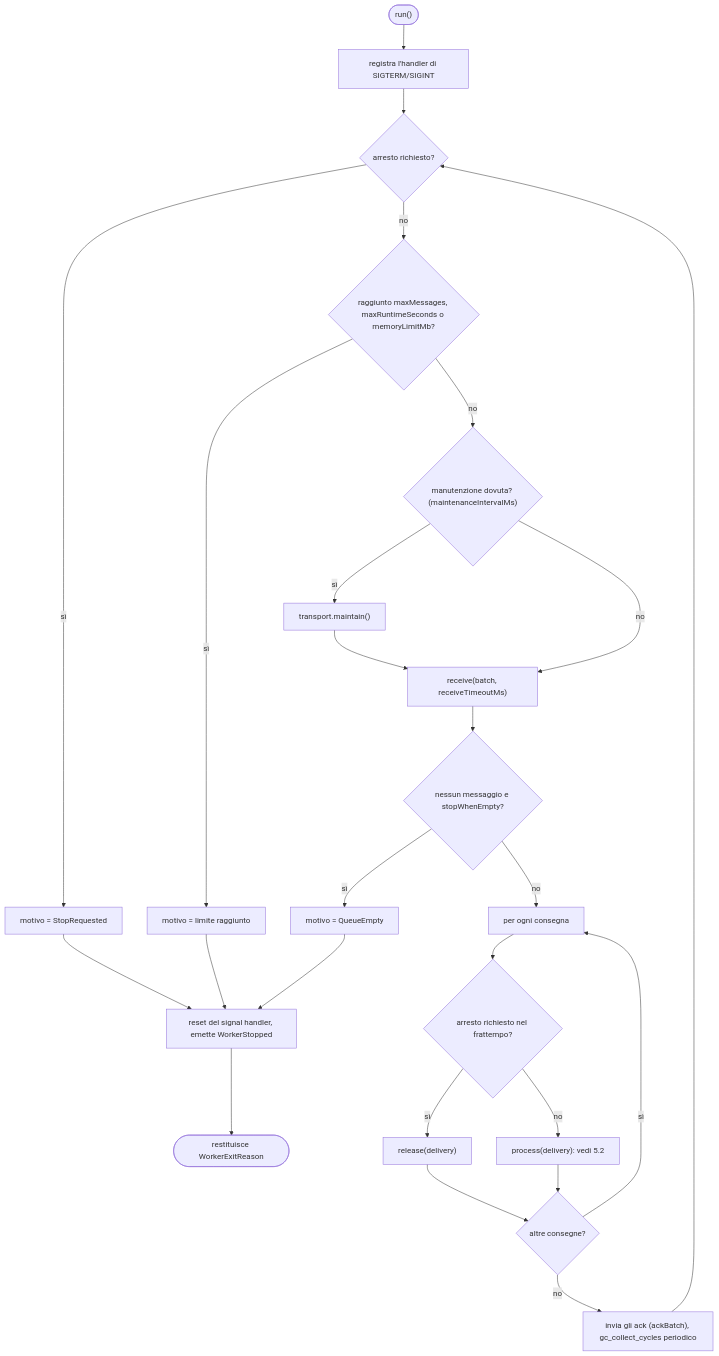
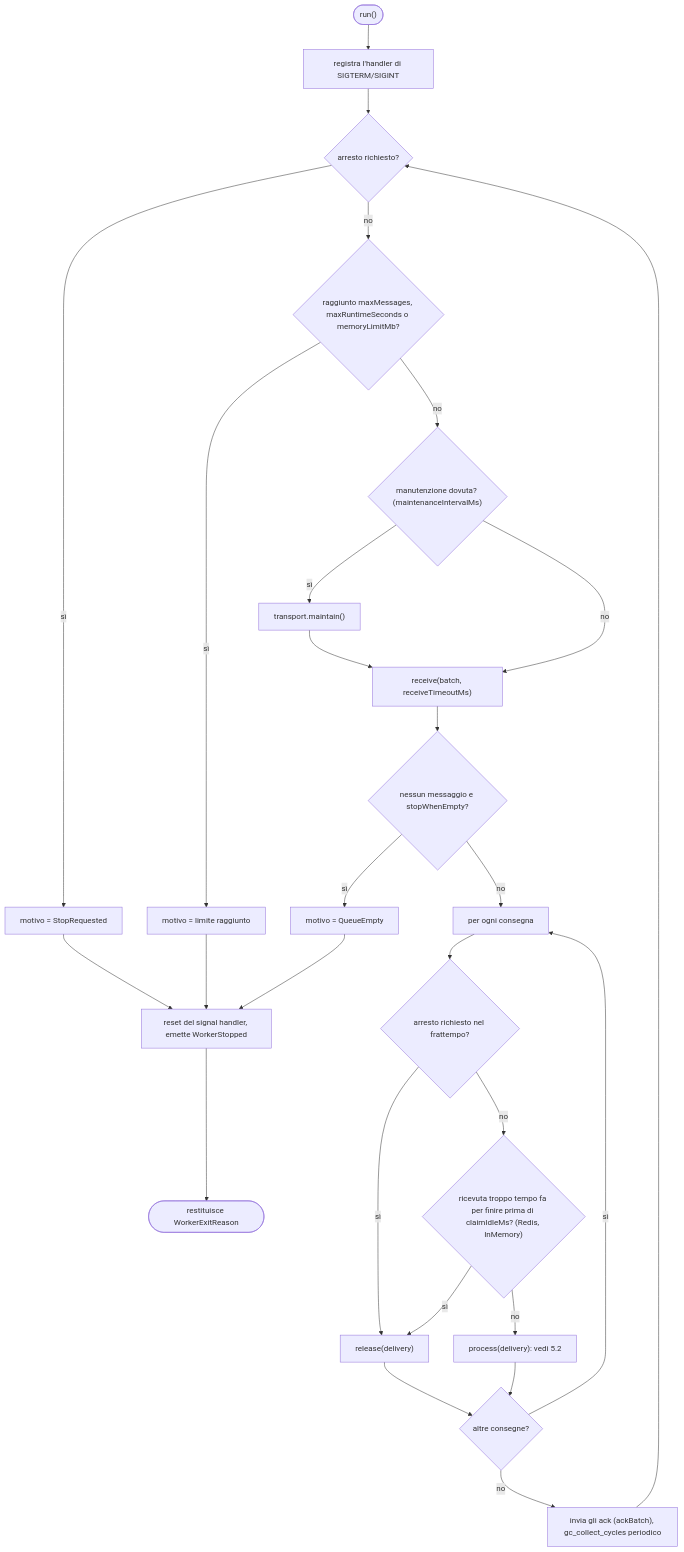
One commit to snipershady/queue-bridge changed diagram 20 of 24 in DOC_IT.md. Above: the diagram before and after it, drawn with Mermaid. The commit also changed other lines of this file and 163 other files, not shown here.

Commit message:
idempotenza senza perdite, guardia dei batch su claimIdleMs, complessità nei PHPDoc

````diff
--- a/DOC_IT.md
+++ b/DOC_IT.md
@@ -1080,27 +1090,29 @@
 ```mermaid
 flowchart TD
     S(["run()"]) --> R["registra l'handler di SIGTERM/SIGINT"]
     R --> C{"arresto richiesto?"}
     C -- sì --> X1["motivo = StopRequested"]
     C -- no --> L{"raggiunto maxMessages, maxRuntimeSeconds o memoryLimitMb?"}
     L -- sì --> X2["motivo = limite raggiunto"]
     L -- no --> M{"manutenzione dovuta? (maintenanceIntervalMs)"}
     M -- sì --> MT["transport.maintain()"]
     M -- no --> RC
     MT --> RC["receive(batch, receiveTimeoutMs)"]
     RC --> E{"nessun messaggio e stopWhenEmpty?"}
     E -- sì --> X3["motivo = QueueEmpty"]
     E -- no --> FE["per ogni consegna"]
     FE --> SR{"arresto richiesto nel frattempo?"}
     SR -- sì --> RL["release(delivery)"]
-    SR -- no --> PR["process(delivery): vedi 5.2"]
+    SR -- no --> AG{"ricevuta troppo tempo fa per finire prima di claimIdleMs? (Redis, InMemory)"}
+    AG -- sì --> RL
+    AG -- no --> PR["process(delivery): vedi 5.2"]
     RL --> NX{"altre consegne?"}
     PR --> NX
     NX -- sì --> FE
     NX -- no --> FA["invia gli ack (ackBatch), gc_collect_cycles periodico"]
     FA --> C
     X1 --> END
     X2 --> END
     X3 --> END
     END["reset del signal handler, emette WorkerStopped"] --> F(["restituisce WorkerExitReason"])
 ```
````
